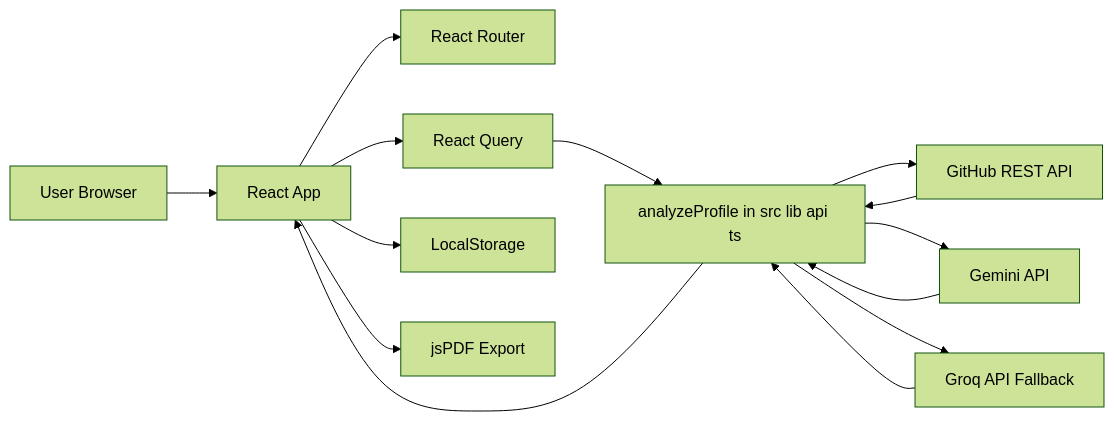
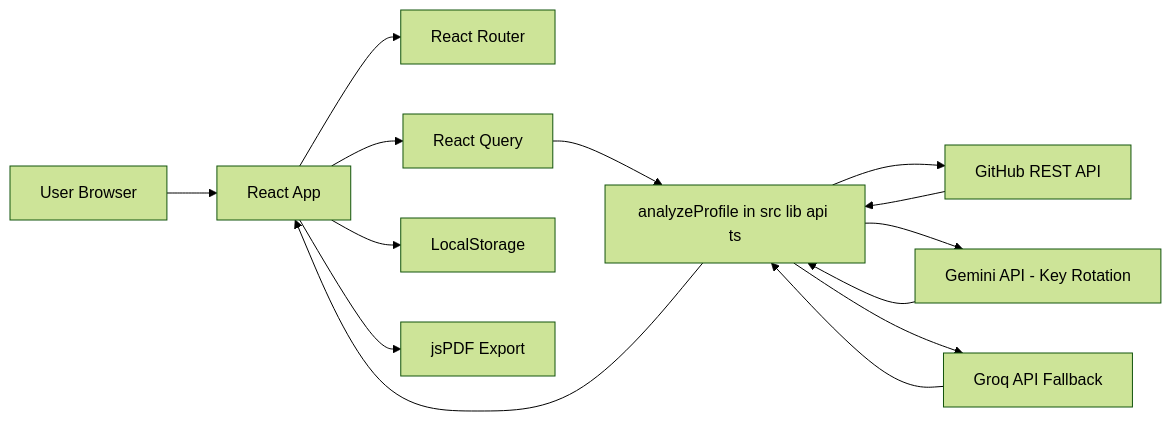
One commit to KGFCH2/GitInsight-AI changed the first of 3 diagrams in ARCHITECTURE.md. Above: the diagram before and after it, drawn with Mermaid (forest theme). The commit also changed other lines of this file and 2 other files, not shown here.

Commit message:
Updated full project documentation to cover multi-key AI support and strict casing validation

````diff
--- a/ARCHITECTURE.md
+++ b/ARCHITECTURE.md
@@ -7,18 +7,18 @@
 ```mermaid
 flowchart LR
    U[User Browser] --> UI[React App]
    UI --> R[React Router]
    UI --> Q[React Query]
    UI --> LS[LocalStorage]
    UI --> PDF[jsPDF Export]
 
    Q --> API[analyzeProfile in src lib api ts]
    API --> GH[GitHub REST API]
-   API --> G1[Gemini API]
+   API --> G1[Gemini API - Key Rotation]
    API --> G2[Groq API Fallback]
 
    GH --> API
    G1 --> API
    G2 --> API
    API --> UI
 ```
````
